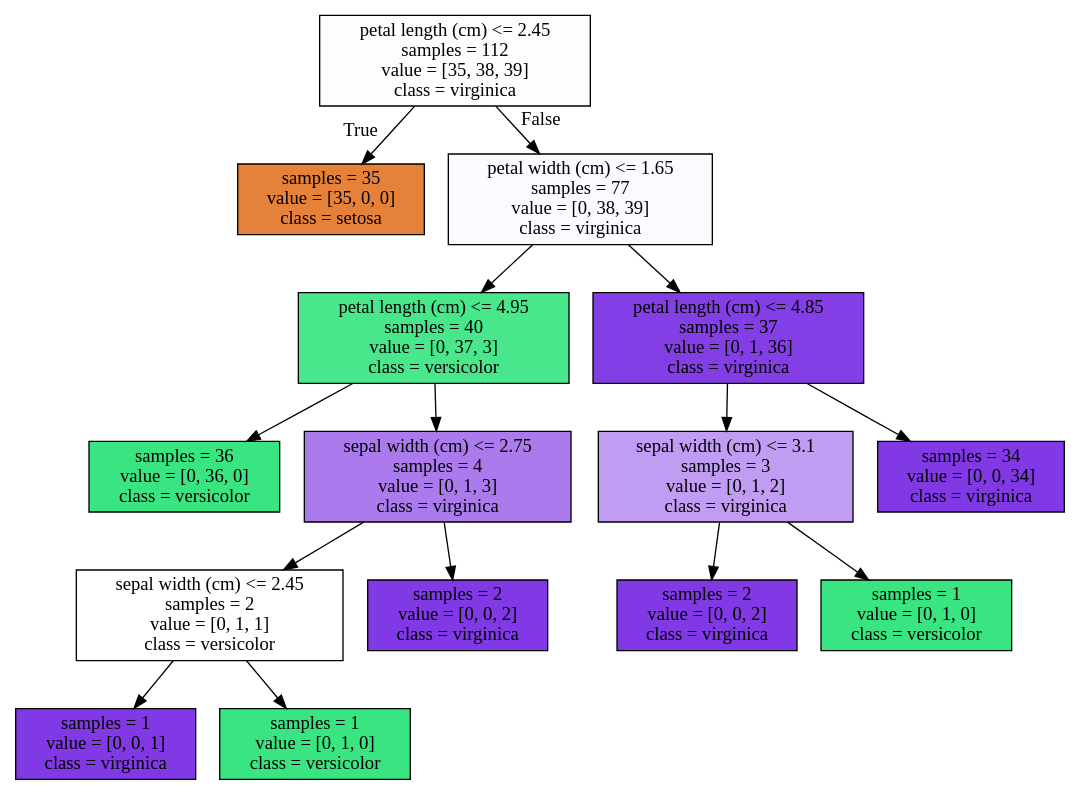
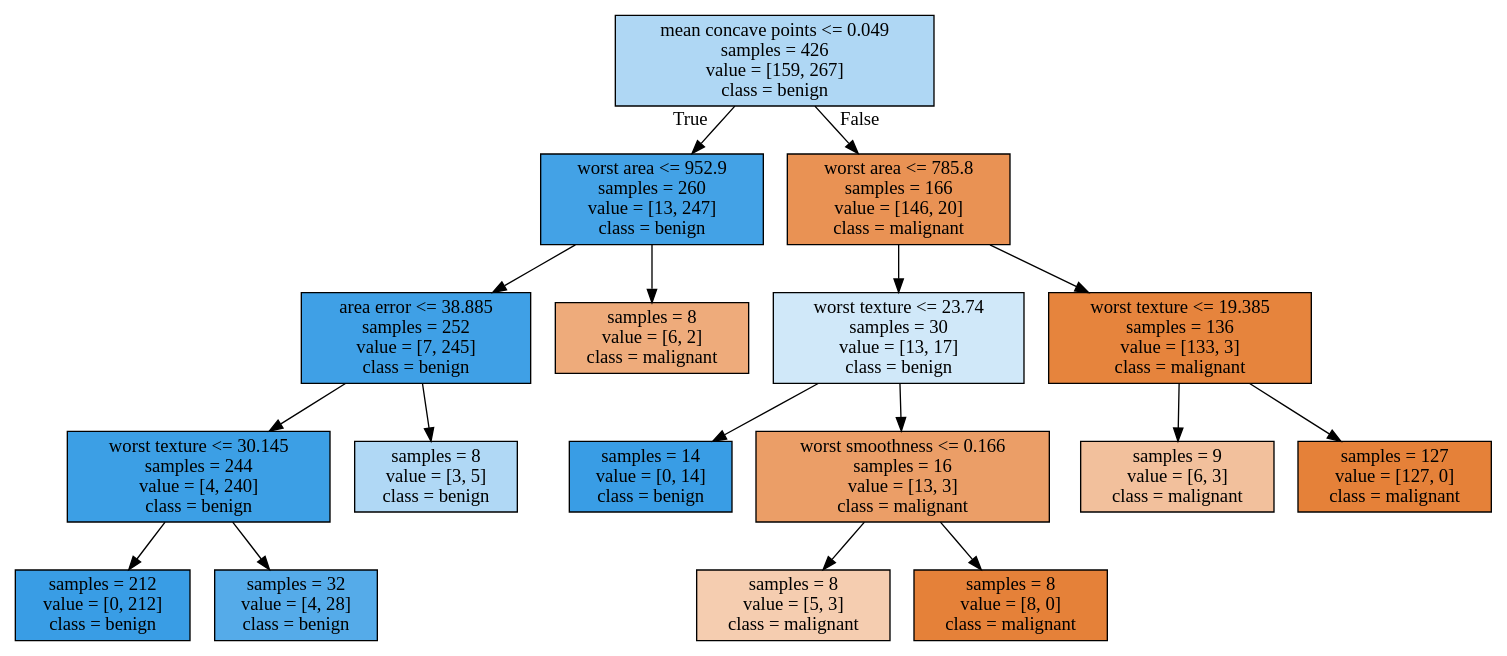
Before and after one commit to henriqueumeda/Data-Science-study: the diagram in UM/03 - Applied Machine Learning in Python/adspy_temp.dot, drawn with Graphviz. The commit also changed 6 other files, not shown here.

```diff
--- a/UM/03 - Applied Machine Learning in Python/adspy_temp.dot
+++ b/UM/03 - Applied Machine Learning in Python/adspy_temp.dot
@@ -1,32 +1,36 @@
 digraph Tree {
 node [shape=box, style="filled", color="black"] ;
-0 [label="petal length (cm) <= 2.45\nsamples = 112\nvalue = [35, 38, 39]\nclass = virginica", fillcolor="#fdfcff"] ;
-1 [label="samples = 35\nvalue = [35, 0, 0]\nclass = setosa", fillcolor="#e58139"] ;
+0 [label="mean concave points <= 0.049\nsamples = 426\nvalue = [159, 267]\nclass = benign", fillcolor="#afd7f4"] ;
+1 [label="worst area <= 952.9\nsamples = 260\nvalue = [13, 247]\nclass = benign", fillcolor="#43a2e6"] ;
 0 -> 1 [labeldistance=2.5, labelangle=45, headlabel="True"] ;
-2 [label="petal width (cm) <= 1.65\nsamples = 77\nvalue = [0, 38, 39]\nclass = virginica", fillcolor="#fcfafe"] ;
-0 -> 2 [labeldistance=2.5, labelangle=-45, headlabel="False"] ;
-3 [label="petal length (cm) <= 4.95\nsamples = 40\nvalue = [0, 37, 3]\nclass = versicolor", fillcolor="#49e78b"] ;
+2 [label="area error <= 38.885\nsamples = 252\nvalue = [7, 245]\nclass = benign", fillcolor="#3fa0e6"] ;
+1 -> 2 ;
+3 [label="worst texture <= 30.145\nsamples = 244\nvalue = [4, 240]\nclass = benign", fillcolor="#3c9fe5"] ;
 2 -> 3 ;
-4 [label="samples = 36\nvalue = [0, 36, 0]\nclass = versicolor", fillcolor="#39e581"] ;
+4 [label="samples = 212\nvalue = [0, 212]\nclass = benign", fillcolor="#399de5"] ;
 3 -> 4 ;
-5 [label="sepal width (cm) <= 2.75\nsamples = 4\nvalue = [0, 1, 3]\nclass = virginica", fillcolor="#ab7bee"] ;
+5 [label="samples = 32\nvalue = [4, 28]\nclass = benign", fillcolor="#55abe9"] ;
 3 -> 5 ;
-6 [label="sepal width (cm) <= 2.45\nsamples = 2\nvalue = [0, 1, 1]\nclass = versicolor", fillcolor="#ffffff"] ;
-5 -> 6 ;
-7 [label="samples = 1\nvalue = [0, 0, 1]\nclass = virginica", fillcolor="#8139e5"] ;
-6 -> 7 ;
-8 [label="samples = 1\nvalue = [0, 1, 0]\nclass = versicolor", fillcolor="#39e581"] ;
-6 -> 8 ;
-9 [label="samples = 2\nvalue = [0, 0, 2]\nclass = virginica", fillcolor="#8139e5"] ;
-5 -> 9 ;
-10 [label="petal length (cm) <= 4.85\nsamples = 37\nvalue = [0, 1, 36]\nclass = virginica", fillcolor="#843ee6"] ;
-2 -> 10 ;
-11 [label="sepal width (cm) <= 3.1\nsamples = 3\nvalue = [0, 1, 2]\nclass = virginica", fillcolor="#c09cf2"] ;
-10 -> 11 ;
-12 [label="samples = 2\nvalue = [0, 0, 2]\nclass = virginica", fillcolor="#8139e5"] ;
+6 [label="samples = 8\nvalue = [3, 5]\nclass = benign", fillcolor="#b0d8f5"] ;
+2 -> 6 ;
+7 [label="samples = 8\nvalue = [6, 2]\nclass = malignant", fillcolor="#eeab7b"] ;
+1 -> 7 ;
+8 [label="worst area <= 785.8\nsamples = 166\nvalue = [146, 20]\nclass = malignant", fillcolor="#e99254"] ;
+0 -> 8 [labeldistance=2.5, labelangle=-45, headlabel="False"] ;
+9 [label="worst texture <= 23.74\nsamples = 30\nvalue = [13, 17]\nclass = benign", fillcolor="#d0e8f9"] ;
+8 -> 9 ;
+10 [label="samples = 14\nvalue = [0, 14]\nclass = benign", fillcolor="#399de5"] ;
+9 -> 10 ;
+11 [label="worst smoothness <= 0.166\nsamples = 16\nvalue = [13, 3]\nclass = malignant", fillcolor="#eb9e67"] ;
+9 -> 11 ;
+12 [label="samples = 8\nvalue = [5, 3]\nclass = malignant", fillcolor="#f5cdb0"] ;
 11 -> 12 ;
-13 [label="samples = 1\nvalue = [0, 1, 0]\nclass = versicolor", fillcolor="#39e581"] ;
+13 [label="samples = 8\nvalue = [8, 0]\nclass = malignant", fillcolor="#e58139"] ;
 11 -> 13 ;
-14 [label="samples = 34\nvalue = [0, 0, 34]\nclass = virginica", fillcolor="#8139e5"] ;
-10 -> 14 ;
+14 [label="worst texture <= 19.385\nsamples = 136\nvalue = [133, 3]\nclass = malignant", fillcolor="#e6843d"] ;
+8 -> 14 ;
+15 [label="samples = 9\nvalue = [6, 3]\nclass = malignant", fillcolor="#f2c09c"] ;
+14 -> 15 ;
+16 [label="samples = 127\nvalue = [127, 0]\nclass = malignant", fillcolor="#e58139"] ;
+14 -> 16 ;
 }
```
